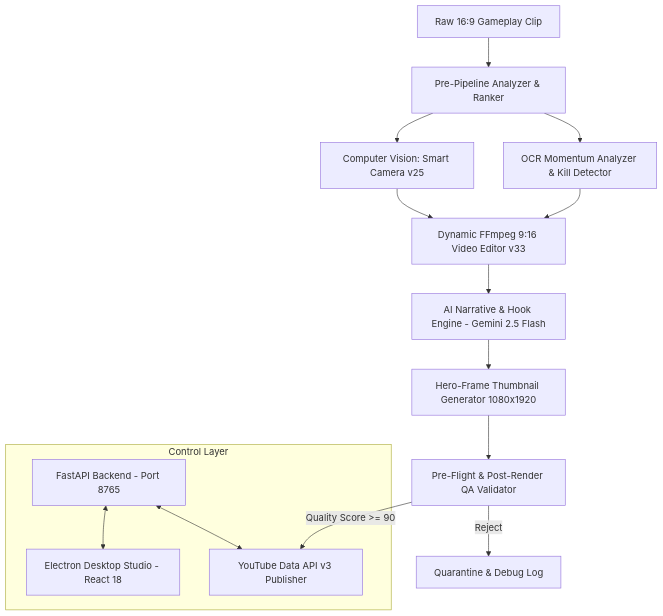
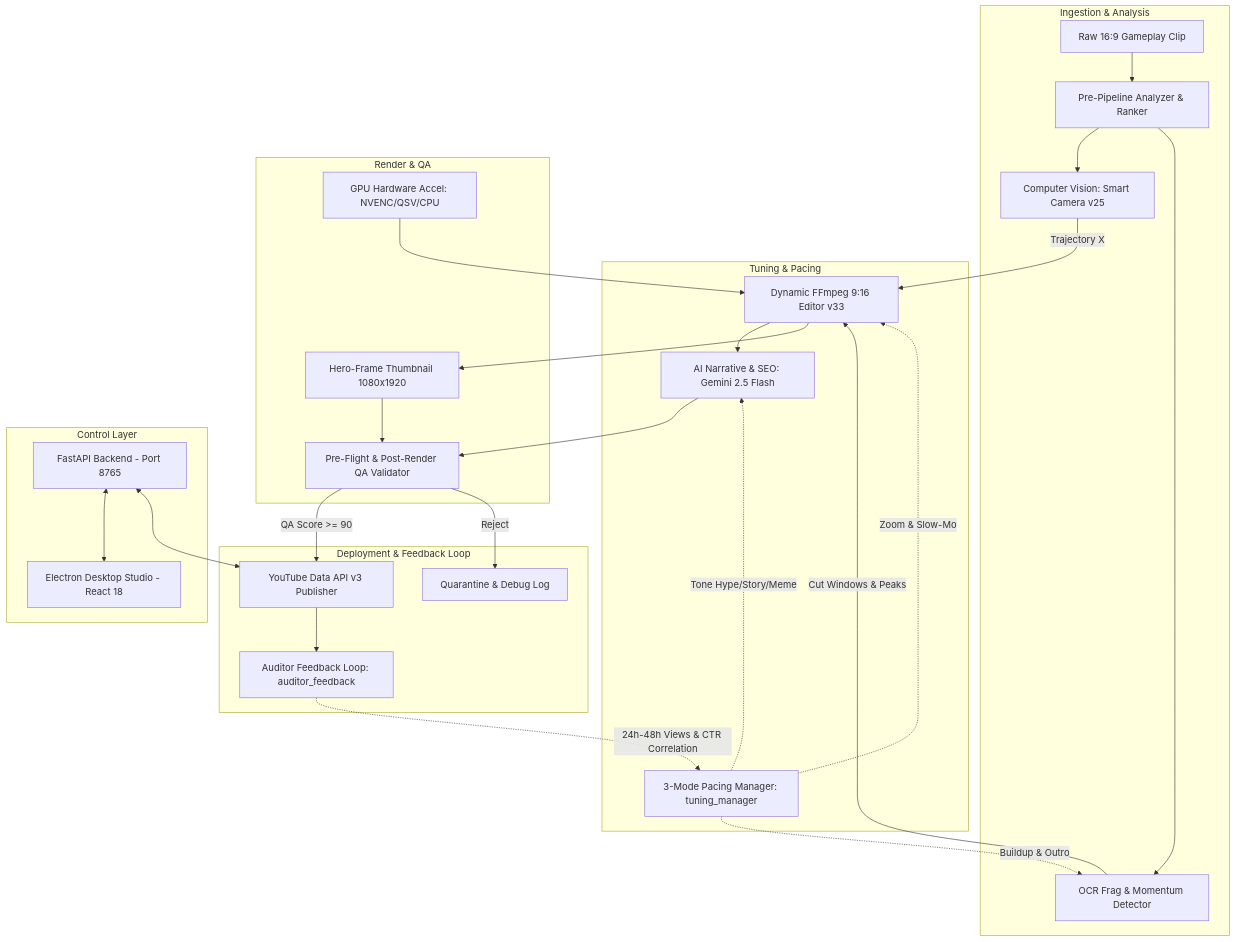
Before and after one commit to BATTLEMETAL/Shortsyt: the diagram in README.md, drawn with Mermaid. The commit also changed other lines of this file, not shown here.

Commit message:
docs: enrich Mermaid architecture with feedback loop & hardware acceleration, add 1-click launcher & detailed tech stack

````diff
--- a/README.md
+++ b/README.md
@@ -86,18 +86,36 @@
 ```mermaid
 flowchart TD
+    subgraph Ingestion & Analysis
     A[Raw 16:9 Gameplay Clip] --> B[Pre-Pipeline Analyzer & Ranker]
     B --> C[Computer Vision: Smart Camera v25]
-    B --> D[OCR Momentum Analyzer & Kill Detector]
-    C --> E[Dynamic FFmpeg 9:16 Video Editor v33]
-    D --> E
-    E --> F[AI Narrative & Hook Engine - Gemini 2.5 Flash]
-    F --> G[Hero-Frame Thumbnail Generator 1080x1920]
-    G --> H[Pre-Flight & Post-Render QA Validator]
-    H -->|Quality Score >= 90| I[YouTube Data API v3 Publisher]
+    B --> D[OCR Frag & Momentum Detector]
+    end
+
+    subgraph Tuning & Pacing
+    M[3-Mode Pacing Manager: tuning_manager] -.->|Buildup & Outro| D
+    M -.->|Zoom & Slow-Mo| E[Dynamic FFmpeg 9:16 Editor v33]
+    M -.->|Tone Hype/Story/Meme| F[AI Narrative & SEO: Gemini 2.5 Flash]
+    end
+
+    subgraph Render & QA
+    C -->|Trajectory X| E
+    D -->|Cut Windows & Peaks| E
+    N[GPU Hardware Accel: NVENC/QSV/CPU] --> E
+    E --> F
+    E --> G[Hero-Frame Thumbnail 1080x1920]
+    F --> H[Pre-Flight & Post-Render QA Validator]
+    G --> H
+    end
+
+    subgraph Deployment & Feedback Loop
+    H -->|QA Score >= 90| I[YouTube Data API v3 Publisher]
     H -->|Reject| J[Quarantine & Debug Log]
-    
+    I --> O[Auditor Feedback Loop: auditor_feedback]
+    O -.->|24h-48h Views & CTR Correlation| M
+    end
+
     subgraph Control Layer
     K[FastAPI Backend - Port 8765] <--> L[Electron Desktop Studio - React 18]
     K <--> I
     end
 ```
````
